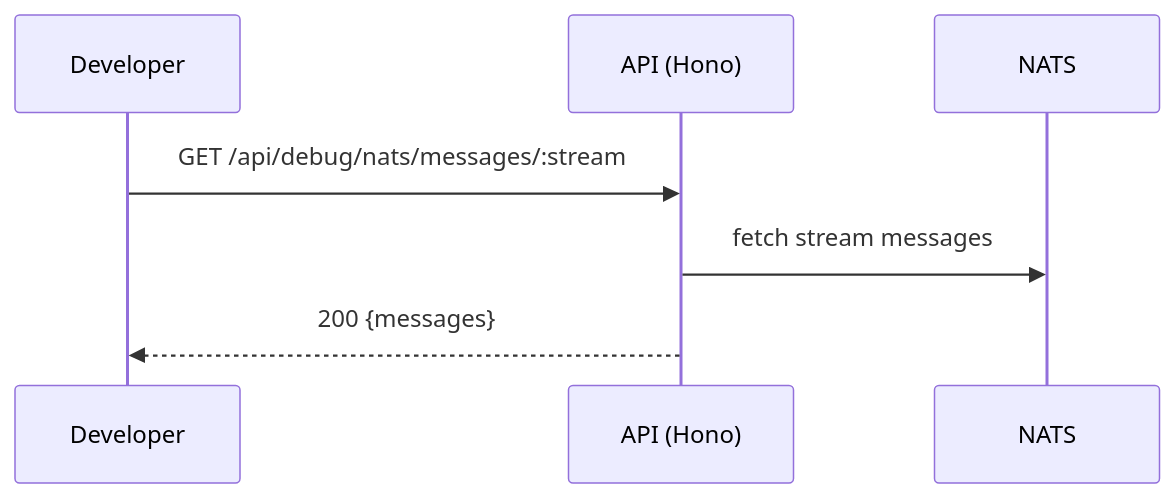
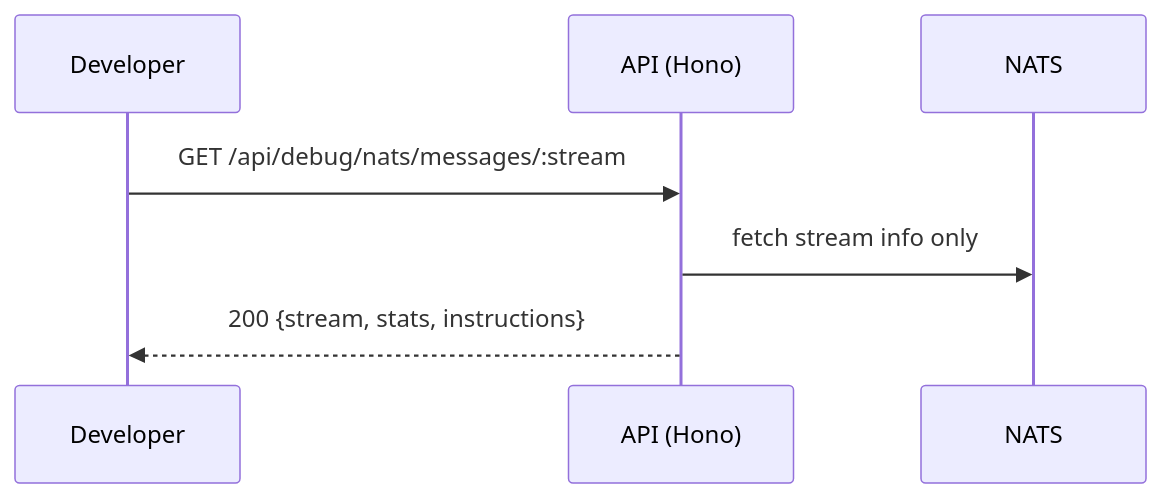
The diagram in docs/apis/debug.md (ygncode/wateaminbox), drawn with Mermaid before and after one commit. The commit also changed other lines of this file and 27 other files, not shown here.

````diff
--- a/docs/apis/debug.md
+++ b/docs/apis/debug.md
@@ -23,9 +23,9 @@
 ```mermaid
 sequenceDiagram
     participant U as Developer
     participant A as API (Hono)
     participant N as NATS
     U->>A: GET /api/debug/nats/messages/:stream
-    A->>N: fetch stream messages
-    A-->>U: 200 {messages}
+    A->>N: fetch stream info only
+    A-->>U: 200 {stream, stats, instructions}
 ```
````
